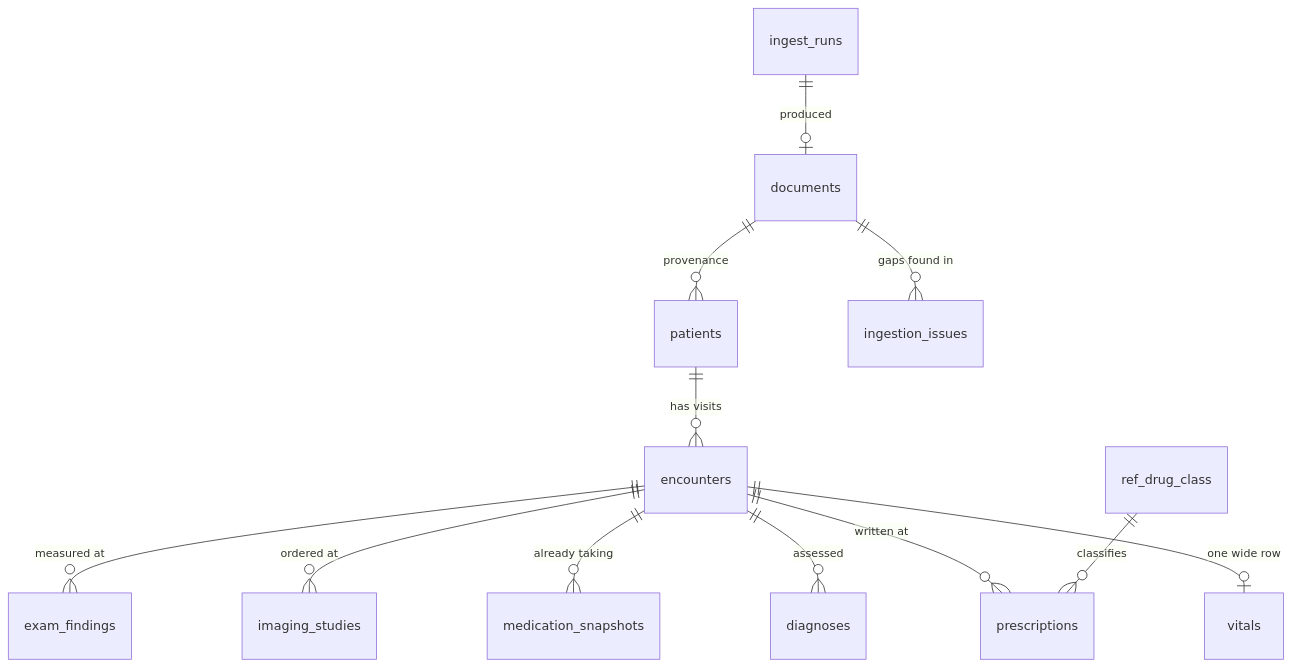
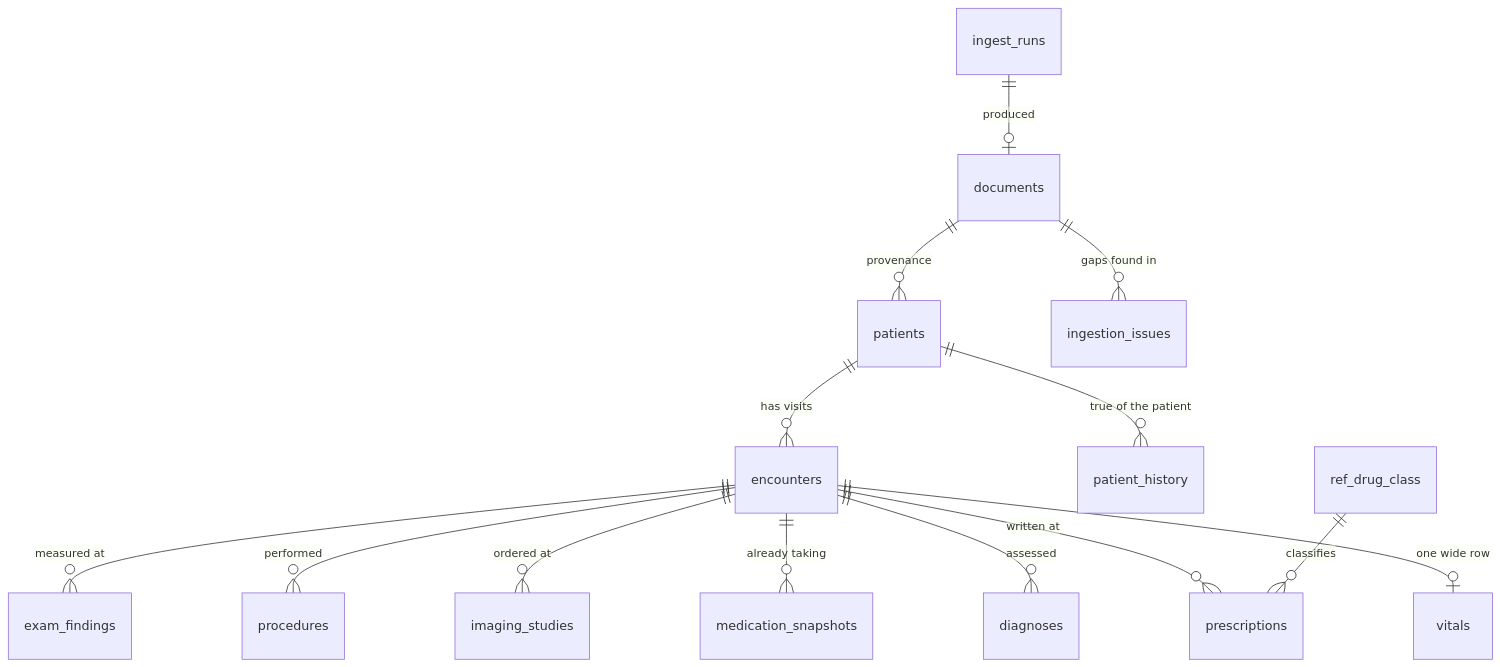
One commit to tanster63/clinical-document-ingestion-pipeline changed the diagram in docs/schema.md. Above: the diagram before and after it, drawn with Mermaid. The commit also changed other lines of this file and 12 other files, not shown here.

````diff
--- a/docs/schema.md
+++ b/docs/schema.md
@@ -11,14 +12,16 @@
 ```mermaid
 erDiagram
-    documents   ||--o{ patients             : "provenance"
-    patients    ||--o{ encounters           : "has visits"
-    encounters  ||--o| vitals               : "one wide row"
-    encounters  ||--o{ diagnoses            : "assessed"
-    encounters  ||--o{ prescriptions        : "written at"
-    encounters  ||--o{ medication_snapshots : "already taking"
-    encounters  ||--o{ imaging_studies      : "ordered at"
-    encounters  ||--o{ exam_findings        : "measured at"
-    documents   ||--o{ ingestion_issues     : "gaps found in"
-    ingest_runs ||--o| documents            : "produced"
-    ref_drug_class ||--o{ prescriptions     : "classifies"
+    documents      ||--o{ patients             : "provenance"
+    patients       ||--o{ encounters           : "has visits"
+    patients       ||--o{ patient_history      : "true of the patient"
+    encounters     ||--o| vitals               : "one wide row"
+    encounters     ||--o{ diagnoses            : "assessed"
+    encounters     ||--o{ prescriptions        : "written at"
+    encounters     ||--o{ medication_snapshots : "already taking"
+    encounters     ||--o{ imaging_studies      : "ordered at"
+    encounters     ||--o{ procedures           : "performed"
+    encounters     ||--o{ exam_findings        : "measured at"
+    documents      ||--o{ ingestion_issues     : "gaps found in"
+    ingest_runs    ||--o| documents            : "produced"
+    ref_drug_class ||--o{ prescriptions        : "classifies"
 ```
````
